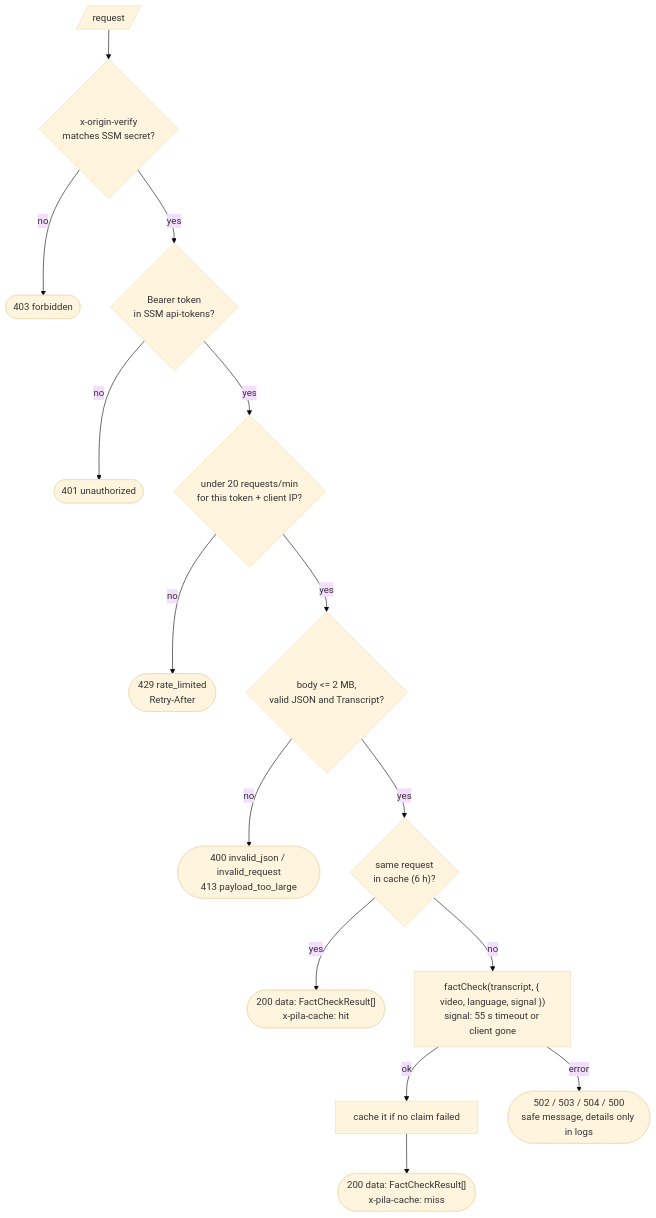
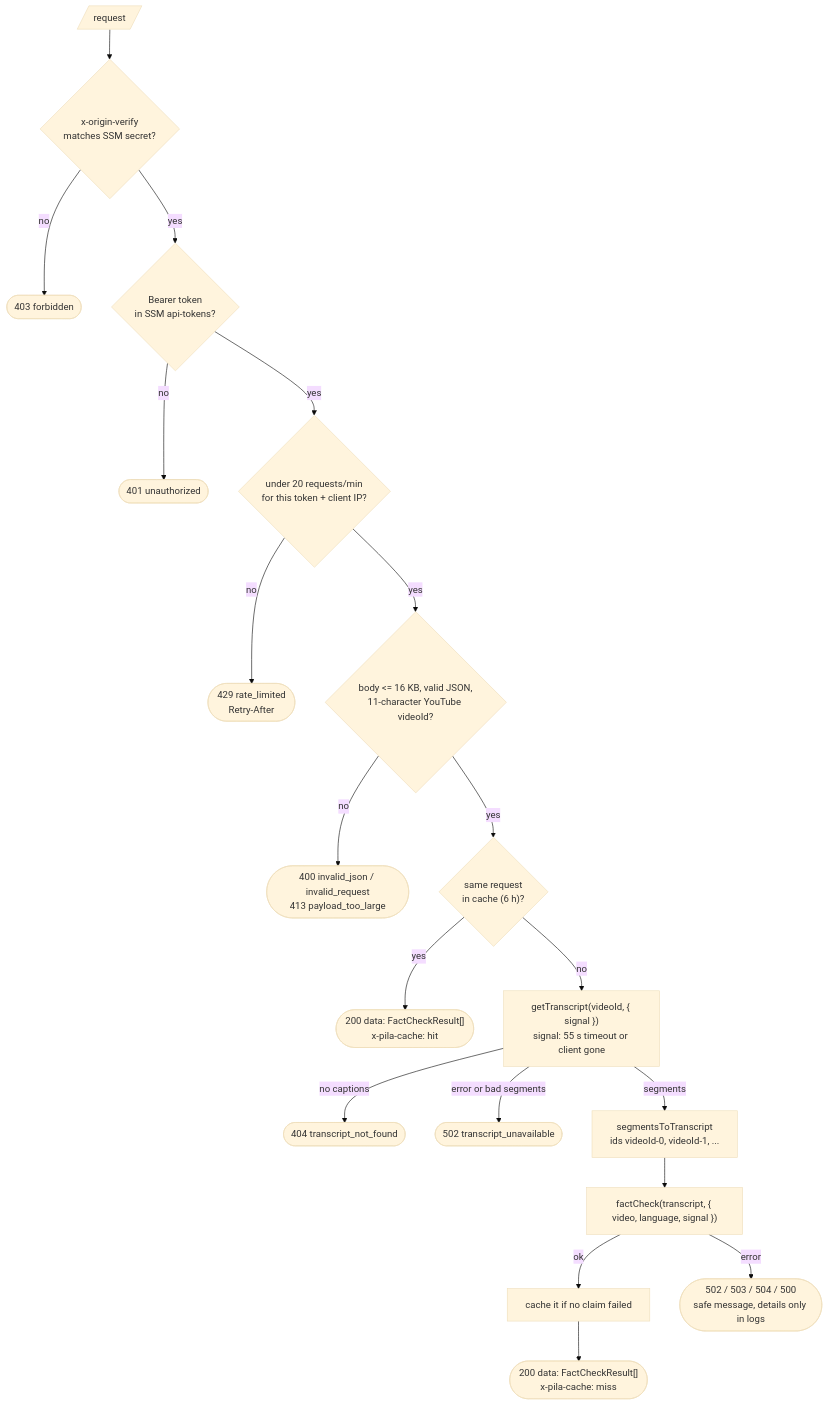
One commit to twbraam/pila changed the second of 6 diagrams in packages/factcheck/docs/workflow.md. Above: the diagram before and after it, drawn with Mermaid (base theme). The commit also changed other lines of this file and 19 other files, not shown here.

First line of the commit message:
feat: API takes a YouTube video ID and loads the transcript itself

````diff
--- a/packages/factcheck/docs/workflow.md
+++ b/packages/factcheck/docs/workflow.md
@@ -29,17 +31,21 @@
 ```mermaid
 flowchart TD
     R[/"request"/] --> O{"x-origin-verify<br/>matches SSM secret?"}
     O -->|"no"| E403(["403 forbidden"])
     O -->|"yes"| A{"Bearer token<br/>in SSM api-tokens?"}
     A -->|"no"| E401(["401 unauthorized"])
     A -->|"yes"| RL{"under 20 requests/min<br/>for this token + client IP?"}
     RL -->|"no"| E429(["429 rate_limited<br/>Retry-After"])
-    RL -->|"yes"| B{"body <= 2 MB,<br/>valid JSON and Transcript?"}
+    RL -->|"yes"| B{"body <= 16 KB, valid JSON,<br/>11-character YouTube videoId?"}
     B -->|"no"| E400(["400 invalid_json / invalid_request<br/>413 payload_too_large"])
     B -->|"yes"| C{"same request<br/>in cache (6 h)?"}
     C -->|"yes"| HIT(["200 data: FactCheckResult[]<br/>x-pila-cache: hit"])
-    C -->|"no"| RUN["factCheck(transcript, { video, language, signal })<br/>signal: 55 s timeout or client gone"]
+    C -->|"no"| GT["getTranscript(videoId, { signal })<br/>signal: 55 s timeout or client gone"]
+    GT -->|"no captions"| E404(["404 transcript_not_found"])
+    GT -->|"error or bad segments"| E502(["502 transcript_unavailable"])
+    GT -->|"segments"| ST["segmentsToTranscript<br/>ids videoId-0, videoId-1, ..."]
+    ST --> RUN["factCheck(transcript, { video, language, signal })"]
     RUN -->|"ok"| CACHE["cache it if no claim failed"]
     CACHE --> MISS(["200 data: FactCheckResult[]<br/>x-pila-cache: miss"])
     RUN -->|"error"| MAP(["502 / 503 / 504 / 500<br/>safe message, details only in logs"])
 ```
````
